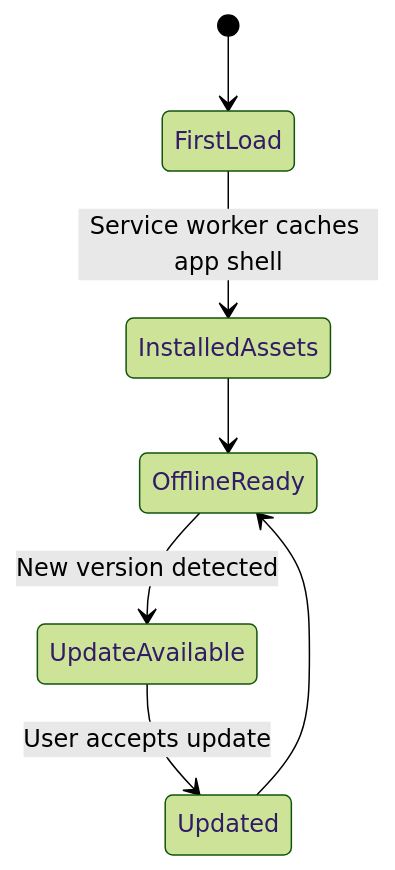
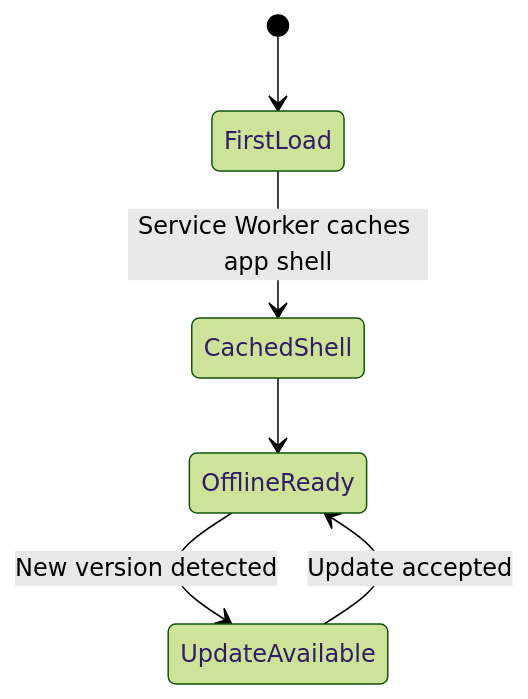
Before and after one commit to zongobase-Web/ZongoLink-V1: the eighth of 8 diagrams in docs/ARCHITECTURE.md, drawn with Mermaid (forest theme). The commit also changed other lines of this file, not shown here.

````diff
--- a/docs/ARCHITECTURE.md
+++ b/docs/ARCHITECTURE.md
@@ -496,9 +388,8 @@
 ```mermaid
 stateDiagram-v2
     [*] --> FirstLoad
-    FirstLoad --> InstalledAssets: Service worker caches app shell
-    InstalledAssets --> OfflineReady
+    FirstLoad --> CachedShell: Service Worker caches app shell
+    CachedShell --> OfflineReady
     OfflineReady --> UpdateAvailable: New version detected
-    UpdateAvailable --> Updated: User accepts update
-    Updated --> OfflineReady
+    UpdateAvailable --> OfflineReady: Update accepted
 ```
````
